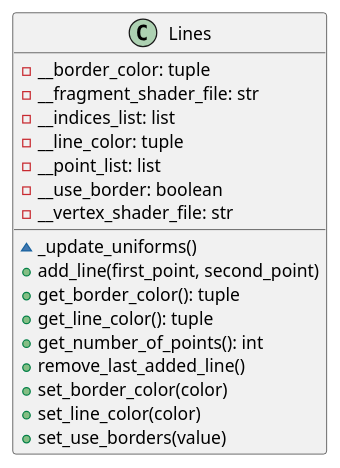
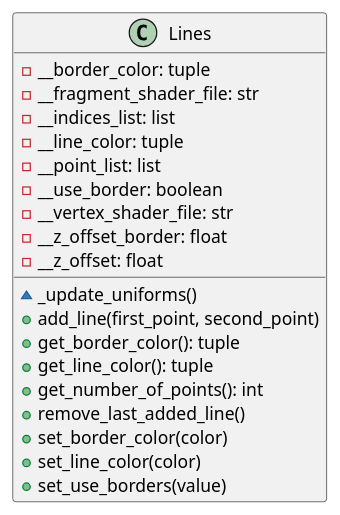
Before and after one commit to ferpoble2/Relief_Creator: the diagram in docs/classes/Lines.puml, drawn with PlantUML. The commit also changed 8 other files, not shown here.

```diff
--- a/docs/classes/Lines.puml
+++ b/docs/classes/Lines.puml
@@ -1,22 +1,24 @@
 @startuml
                 class Lines {
                     - __border_color: tuple
                     - __fragment_shader_file: str
                     - __indices_list: list
                     - __line_color: tuple
                     - __point_list: list
                     - __use_border: boolean
                     - __vertex_shader_file: str
+                    - __z_offset_border: float
+                    - __z_offset: float
 
                     ~ _update_uniforms()
                     + add_line(first_point, second_point)
                     + get_border_color(): tuple
                     + get_line_color(): tuple
                     + get_number_of_points(): int
                     + remove_last_added_line()
                     + set_border_color(color)
                     + set_line_color(color)
                     + set_use_borders(value)
                 }
 
 @enduml
```
